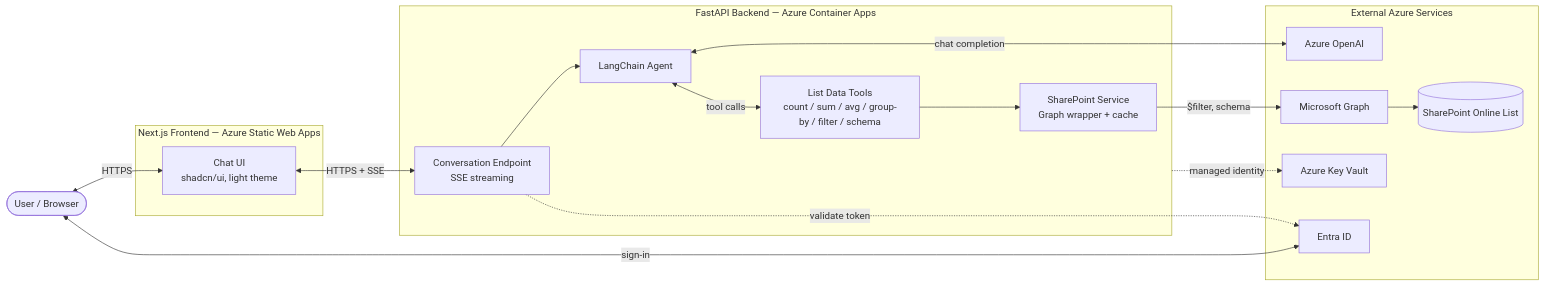
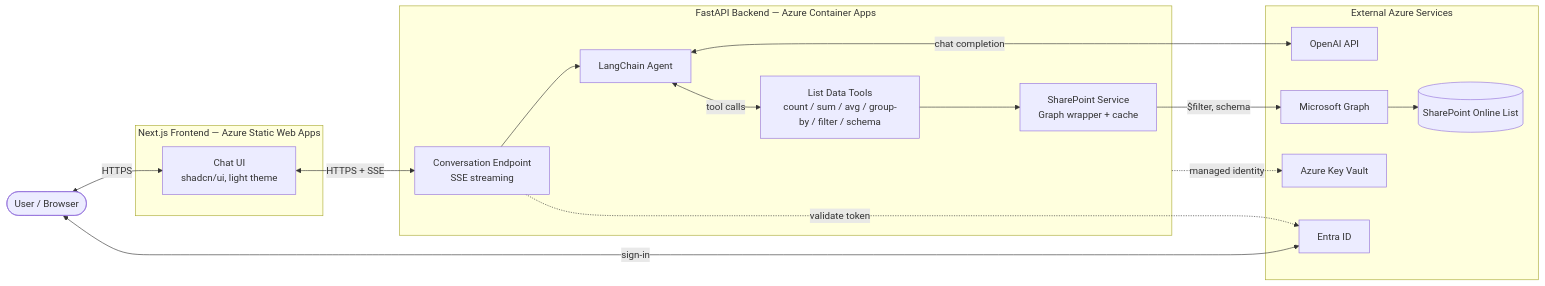
The first of 3 diagrams in docs/Architecture-SharePoint-List-AI-Assistant.md (fiqriismail/arctellis), drawn with Mermaid before and after one commit. The commit also changed other lines of this file and 6 other files, not shown here.

Commit message:
chore: switch LLM from Azure OpenAI to OpenAI — update docs, config, and tests

````diff
--- a/docs/Architecture-SharePoint-List-AI-Assistant.md
+++ b/docs/Architecture-SharePoint-List-AI-Assistant.md
@@ -34,37 +34,37 @@
 ```mermaid
 flowchart LR
     User([User / Browser])
 
     subgraph Frontend["Next.js Frontend — Azure Static Web Apps"]
         Chat[Chat UI<br/>shadcn/ui, light theme]
     end
 
     subgraph Backend["FastAPI Backend — Azure Container Apps"]
         API[Conversation Endpoint<br/>SSE streaming]
         Agent[LangChain Agent]
         Tools[List Data Tools<br/>count / sum / avg / group-by / filter / schema]
         SP[SharePoint Service<br/>Graph wrapper + cache]
     end
 
     subgraph Azure["External Azure Services"]
-        AOAI[Azure OpenAI]
+        AOAI[OpenAI API]
         Graph[Microsoft Graph]
         SPO[(SharePoint Online List)]
         KV[Azure Key Vault]
         Entra[Entra ID]
     end
 
     User <-->|HTTPS| Chat
     Chat <-->|HTTPS + SSE| API
     API --> Agent
     Agent <-->|tool calls| Tools
     Agent <-->|chat completion| AOAI
     Tools --> SP
     SP -->|"$filter, schema"| Graph
     Graph --> SPO
     Backend -.->|managed identity| KV
     User <-->|sign-in| Entra
     API -.->|validate token| Entra
 
     classDef boundary stroke-dasharray: 5 5;
 ```
````
